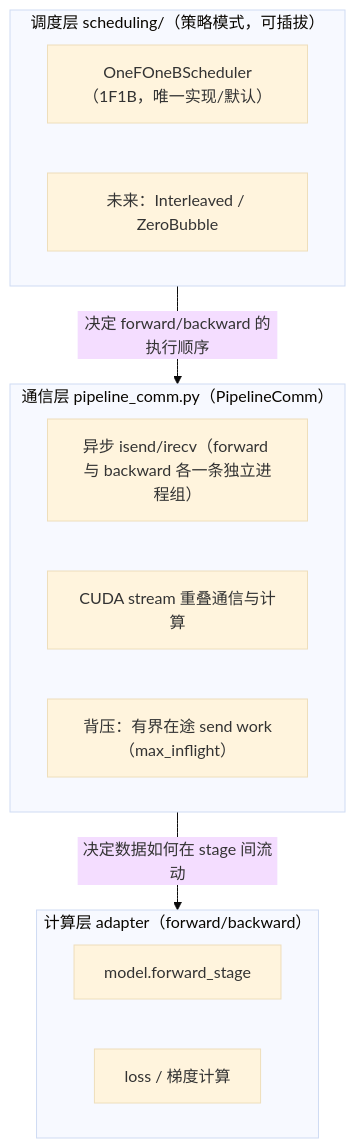
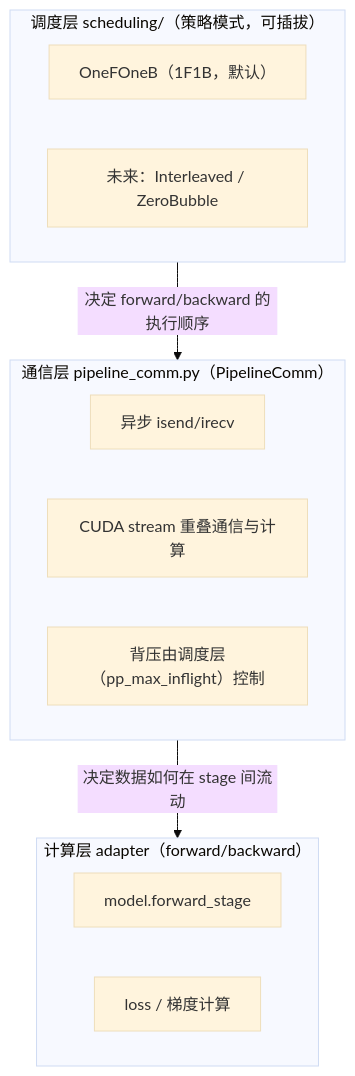
One commit to godthrone/graspo changed the third of 4 diagrams in docs/flow.md. Above: the diagram before and after it, drawn with Mermaid (base theme). The commit also changed other lines of this file and 284 other files, not shown here.

````diff
--- a/docs/flow.md
+++ b/docs/flow.md
@@ -248,18 +119,18 @@
 ```mermaid
 flowchart TB
     subgraph SCHED["调度层 scheduling/（策略模式，可插拔）"]
-        S1["OneFOneBScheduler（1F1B，唯一实现/默认）"]
+        S1["OneFOneB（1F1B，默认）"]
         S2["未来：Interleaved / ZeroBubble"]
     end
     subgraph COMM["通信层 pipeline_comm.py（PipelineComm）"]
-        C1["异步 isend/irecv（forward 与 backward 各一条独立进程组）"]
+        C1["异步 isend/irecv"]
         C2["CUDA stream 重叠通信与计算"]
-        C3["背压：有界在途 send work（max_inflight）"]
+        C3["背压由调度层（pp_max_inflight）控制"]
     end
     subgraph COMP["计算层 adapter（forward/backward）"]
         X1["model.forward_stage"]
         X2["loss / 梯度计算"]
     end
     SCHED -->|"决定 forward/backward 的执行顺序"| COMM
     COMM -->|"决定数据如何在 stage 间流动"| COMP
 ```
````
